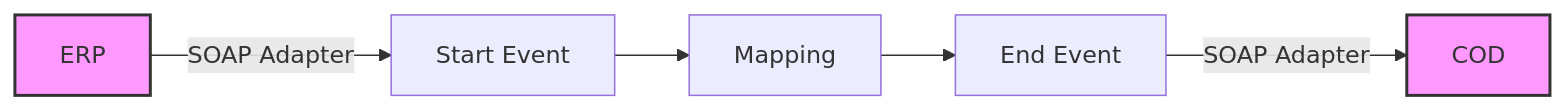
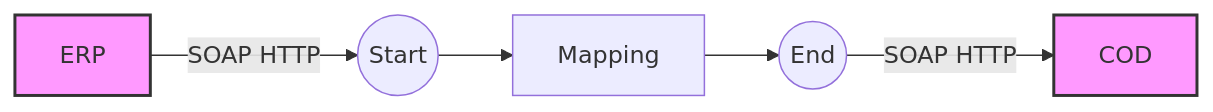
Before and after one commit to Avvale-IA-CICD/AvvaleCPI: the diagram in REPSOL - Demo IA Docs/Check_Connectivity_from_SAP_Business_Suite_-_REPSOL/1.0.3/readme.md, drawn with Mermaid. The commit also changed other lines of this file, not shown here.

````diff
--- a/REPSOL - Demo IA Docs/Check_Connectivity_from_SAP_Business_Suite_-_REPSOL/1.0.3/readme.md
+++ b/REPSOL - Demo IA Docs/Check_Connectivity_from_SAP_Business_Suite_-_REPSOL/1.0.3/readme.md
@@ -4,15 +4,9 @@
 ```mermaid
 graph LR
-    ERP[ERP]
-    COD[COD]
-    StartEvent[Start Event]
-    Mapping[Mapping]
-    EndEvent[End Event]
-
-    ERP -- SOAP Adapter --> StartEvent
-    StartEvent --> Mapping
-    Mapping --> EndEvent
-    EndEvent -- SOAP Adapter --> COD
+    ERP[ERP] -->|SOAP HTTP| StartEvent((Start))
+    StartEvent((Start)) --> Mapping[Mapping]
+    Mapping[Mapping] --> EndEvent((End))
+    EndEvent((End)) -->|SOAP HTTP| COD[COD]
     style ERP fill:#f9f,stroke:#333,stroke-width:2px
     style COD fill:#f9f,stroke:#333,stroke-width:2px
 ```
````
